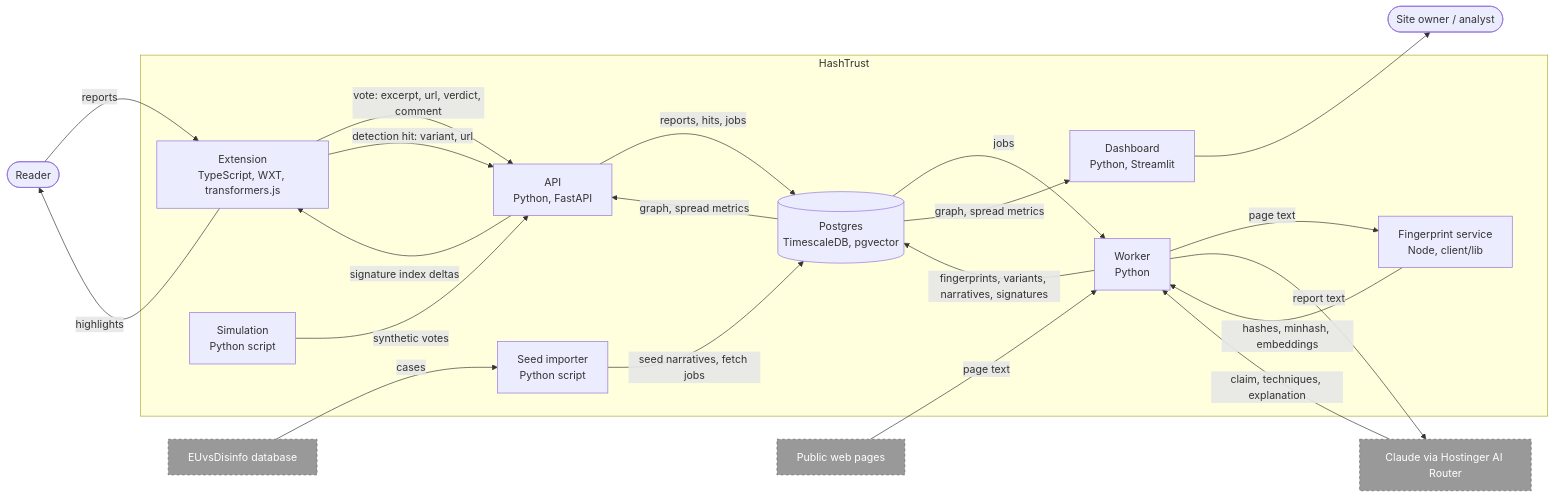
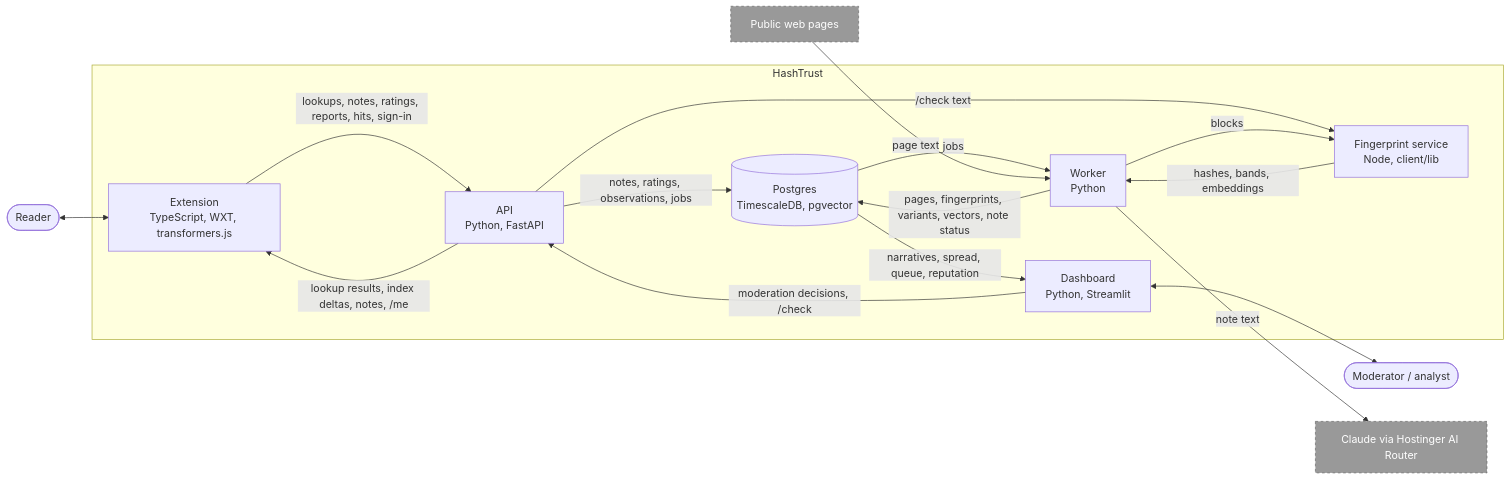
Before and after one commit to nlinnanen/konklaavi: the second of 4 diagrams in docs/components.md, drawn with Mermaid. The commit also changed other lines of this file and 6 other files, not shown here.

````diff
--- a/docs/components.md
+++ b/docs/components.md
@@ -30,43 +31,35 @@
 ```mermaid
 flowchart LR
   Reader(["Reader"])
-  Owner(["Site owner / analyst"])
+  Mod(["Moderator / analyst"])
 
   subgraph Sys["HashTrust"]
     Ext["Extension<br/>TypeScript, WXT, transformers.js"]
     API["API<br/>Python, FastAPI"]
     Worker["Worker<br/>Python"]
     FPS["Fingerprint service<br/>Node, client/lib"]
     DB[("Postgres<br/>TimescaleDB, pgvector")]
     Dash["Dashboard<br/>Python, Streamlit"]
-    Seed["Seed importer<br/>Python script"]
-    Sim["Simulation<br/>Python script"]
   end
 
   Web["Public web pages"]
-  EU["EUvsDisinfo database"]
-  Claude["Claude via Hostinger AI Router"]
+  LLM["Claude via Hostinger AI Router"]
 
-  Reader -->|reports| Ext
-  Ext -->|highlights| Reader
-  Ext -->|"vote: excerpt, url, verdict, comment"| API
-  Ext -->|"detection hit: variant, url"| API
-  API -->|signature index deltas| Ext
-  API -->|reports, hits, jobs| DB
+  Reader <--> Ext
+  Ext -->|"lookups, notes, ratings, reports, hits, sign-in"| API
+  API -->|"lookup results, index deltas, notes, /me"| Ext
+  API -->|"notes, ratings, observations, jobs"| DB
+  API -->|"/check text"| FPS
   DB -->|jobs| Worker
-  Worker -->|"fingerprints, variants, narratives, signatures"| DB
+  Worker -->|"pages, fingerprints, variants, vectors, note status"| DB
   Web -->|page text| Worker
-  Worker -->|page text| FPS
-  FPS -->|"hashes, minhash, embeddings"| Worker
-  Worker -->|report text| Claude
-  Claude -->|claim, techniques, explanation| Worker
-  EU -->|cases| Seed
-  Seed -->|seed narratives, fetch jobs| DB
-  DB -->|graph, spread metrics| API
-  DB -->|graph, spread metrics| Dash
-  Dash --> Owner
-  Sim -->|synthetic votes| API
+  Worker -->|blocks| FPS
+  FPS -->|"hashes, bands, embeddings"| Worker
+  Worker -->|note text| LLM
+  DB -->|"narratives, spread, queue, reputation"| Dash
+  Dash -->|"moderation decisions, /check"| API
+  Dash <--> Mod
 
   classDef ext fill:#999,stroke:#666,stroke-dasharray:4,color:#fff
-  class Web,EU,Claude ext
+  class Web,LLM ext
 ```
````
